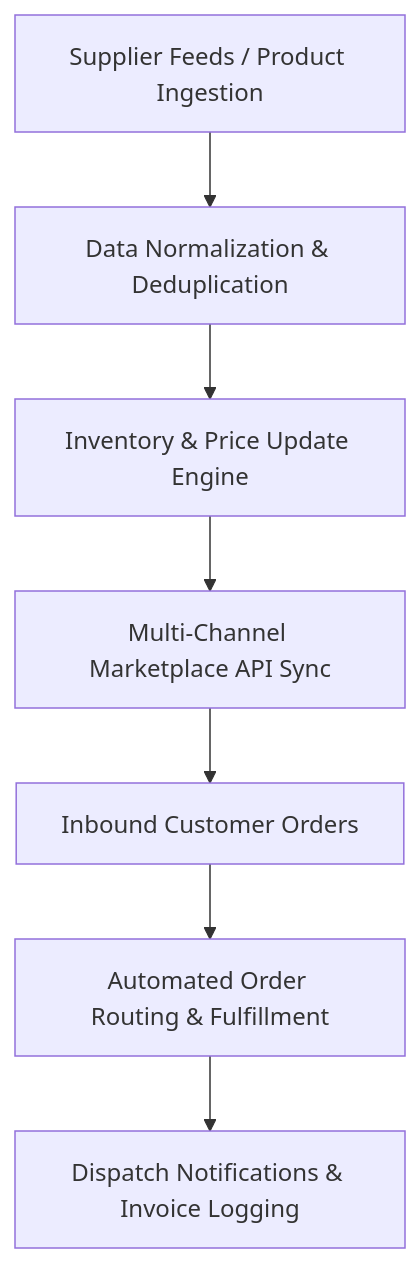
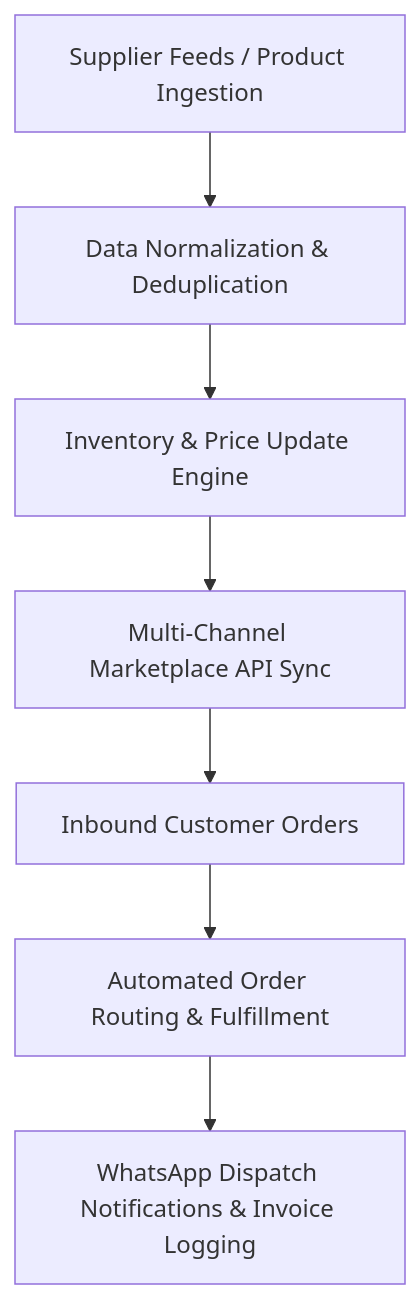
Before and after one commit to sohailahmed-bsrh/ecomerce-automation: the diagram in README.md, drawn with Mermaid. The commit also changed other lines of this file, not shown here.

````diff
--- a/README.md
+++ b/README.md
@@ -88,9 +74,9 @@
 ```mermaid
 flowchart TD
     A[Supplier Feeds / Product Ingestion] --> B[Data Normalization & Deduplication]
     B --> C[Inventory & Price Update Engine]
     C --> D[Multi-Channel Marketplace API Sync]
     D --> E[Inbound Customer Orders]
     E --> F[Automated Order Routing & Fulfillment]
-    F --> G[Dispatch Notifications & Invoice Logging]
+    F --> G[WhatsApp Dispatch Notifications & Invoice Logging]
 ```
````
